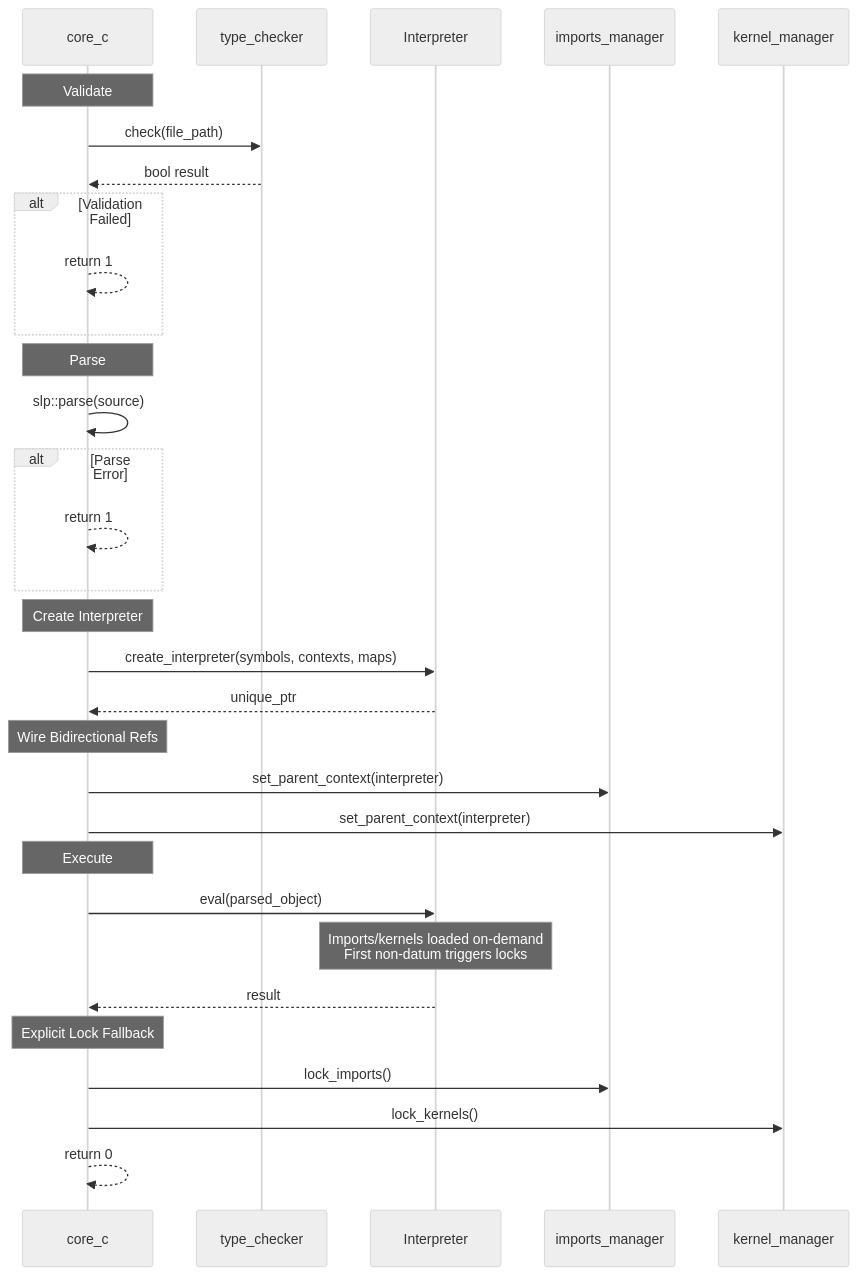
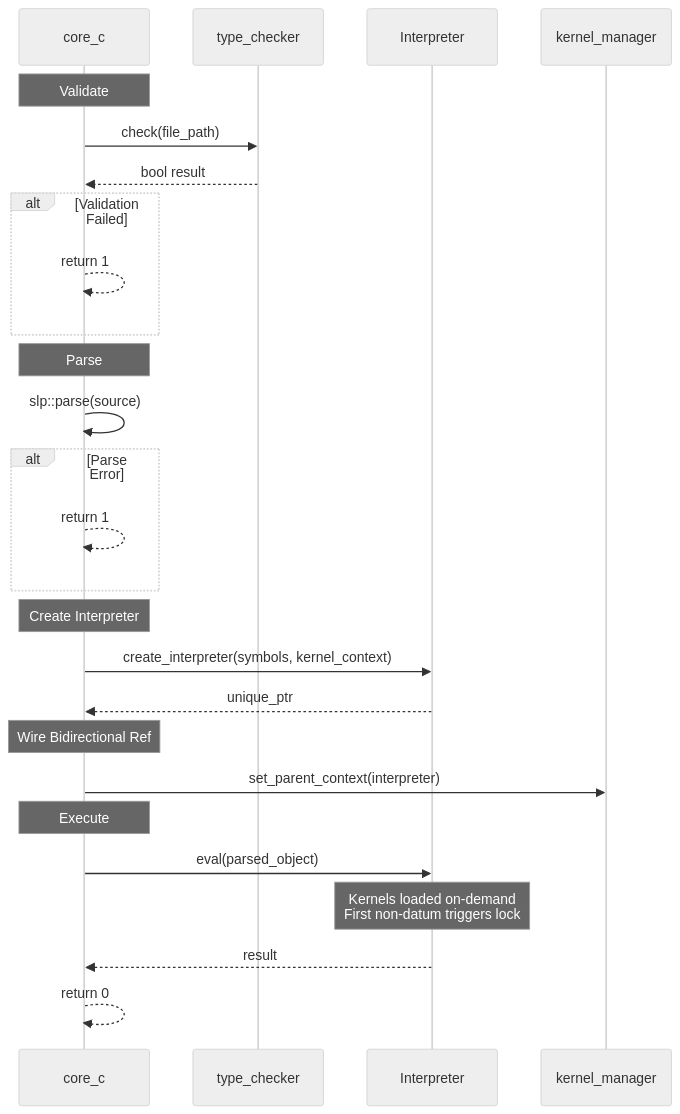
One commit to bosley/sxs changed the second of 2 diagrams in docs/core/core.md. Above: the diagram before and after it, drawn with Mermaid (neutral theme). The commit also changed other lines of this file and 73 other files, not shown here.

````diff
--- a/docs/core/core.md
+++ b/docs/core/core.md
@@ -66,44 +52,38 @@
 ```mermaid
 sequenceDiagram
     participant core_c
     participant type_checker
     participant Interpreter
-    participant imports_manager
     participant kernel_manager
     
     Note over core_c: Validate
     core_c->>type_checker: check(file_path)
     type_checker-->>core_c: bool result
     
     alt Validation Failed
         core_c-->>core_c: return 1
     end
     
     Note over core_c: Parse
     core_c->>core_c: slp::parse(source)
     
     alt Parse Error
         core_c-->>core_c: return 1
     end
     
     Note over core_c: Create Interpreter
-    core_c->>Interpreter: create_interpreter(symbols, contexts, maps)
+    core_c->>Interpreter: create_interpreter(symbols, kernel_context)
     Interpreter-->>core_c: unique_ptr
     
-    Note over core_c: Wire Bidirectional Refs
-    core_c->>imports_manager: set_parent_context(interpreter)
+    Note over core_c: Wire Bidirectional Ref
     core_c->>kernel_manager: set_parent_context(interpreter)
     
     Note over core_c: Execute
     core_c->>Interpreter: eval(parsed_object)
     
-    Note over Interpreter: Imports/kernels loaded on-demand<br/>First non-datum triggers locks
+    Note over Interpreter: Kernels loaded on-demand<br/>First non-datum triggers lock
     
     Interpreter-->>core_c: result
     
-    Note over core_c: Explicit Lock Fallback
-    core_c->>imports_manager: lock_imports()
-    core_c->>kernel_manager: lock_kernels()
-    
     core_c-->>core_c: return 0
 ```
````
